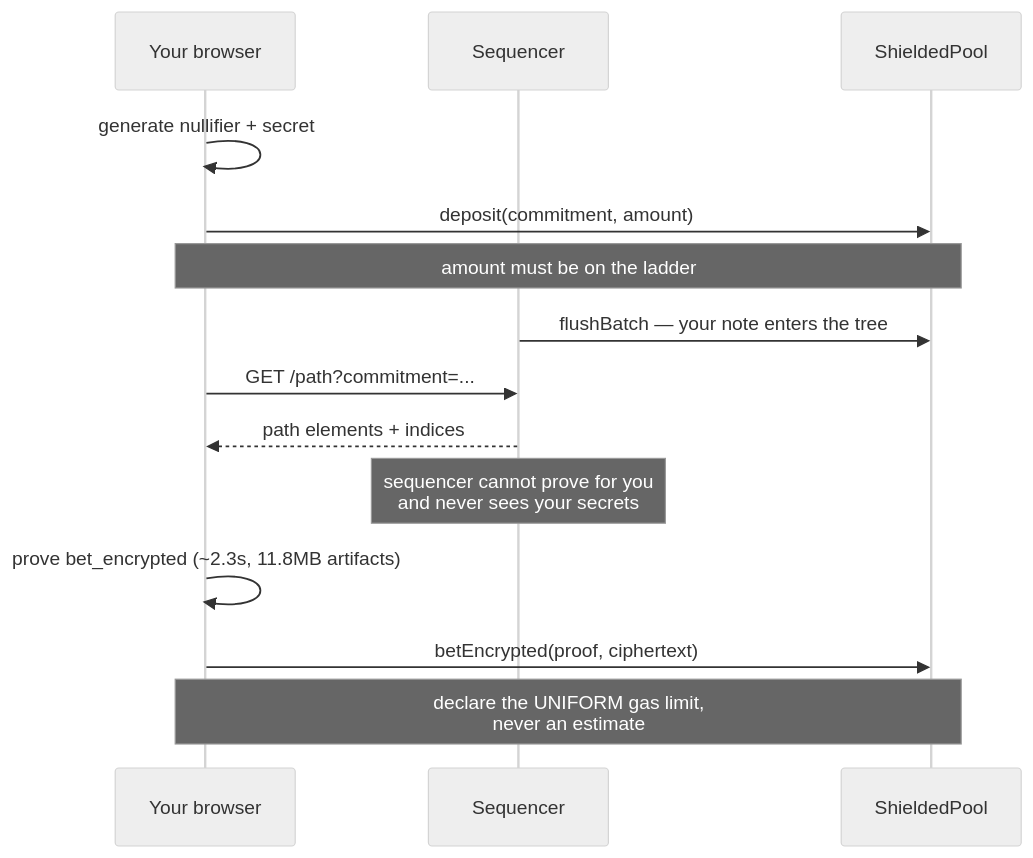
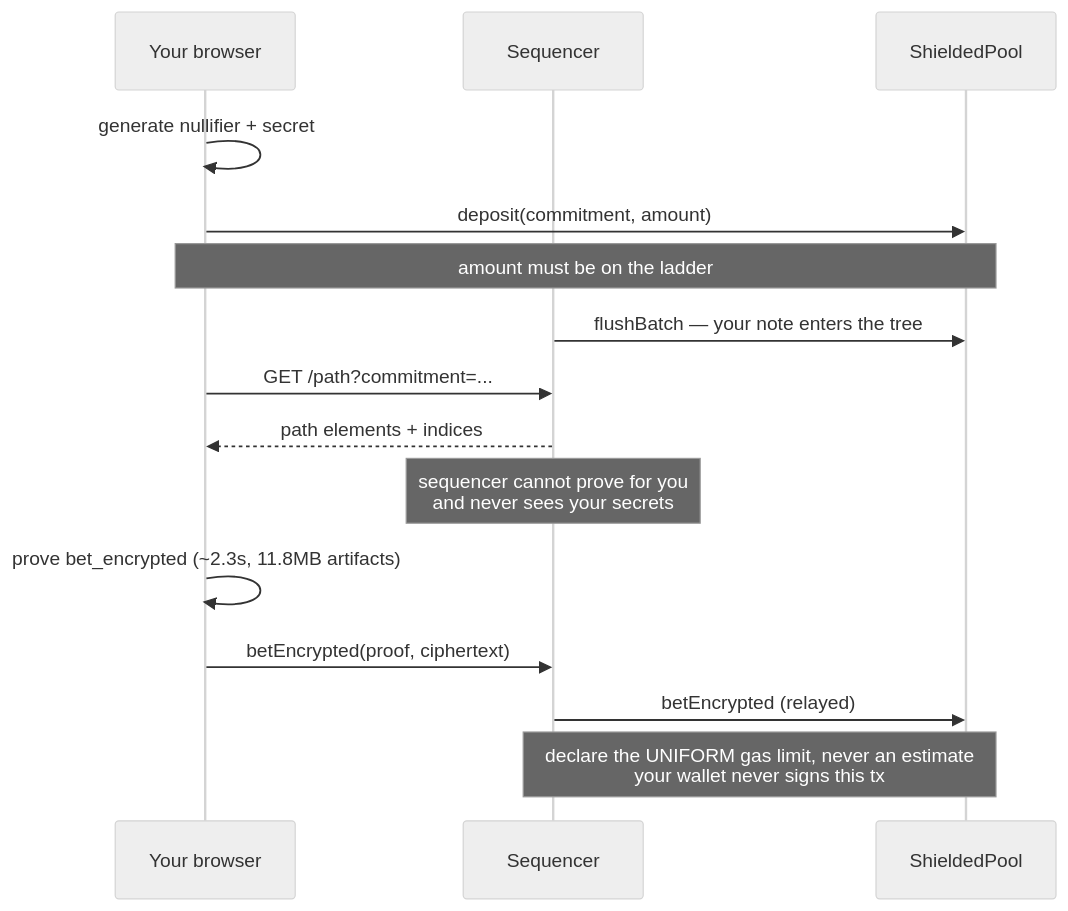
The diagram in guides/place-a-bet.mdx (atrummarkets/atrum-docs), drawn with Mermaid (neutral theme) before and after one commit. The commit also changed other lines of this file and 8 other files, not shown here.

````diff
--- a/guides/place-a-bet.mdx
+++ b/guides/place-a-bet.mdx
@@ -8,19 +13,20 @@
 ```mermaid
 sequenceDiagram
   participant U as Your browser
   participant S as Sequencer
   participant P as ShieldedPool
 
   U->>U: generate nullifier + secret
   U->>P: deposit(commitment, amount)
   Note over U,P: amount must be on the ladder
   S->>P: flushBatch — your note enters the tree
 
   U->>S: GET /path?commitment=...
   S-->>U: path elements + indices
   Note over S: sequencer cannot prove for you<br/>and never sees your secrets
 
   U->>U: prove bet_encrypted (~2.3s, 11.8MB artifacts)
-  U->>P: betEncrypted(proof, ciphertext)
-  Note over U,P: declare the UNIFORM gas limit,<br/>never an estimate
+  U->>S: betEncrypted(proof, ciphertext)
+  S->>P: betEncrypted (relayed)
+  Note over S,P: declare the UNIFORM gas limit, never an estimate<br/>your wallet never signs this tx
 ```
````
